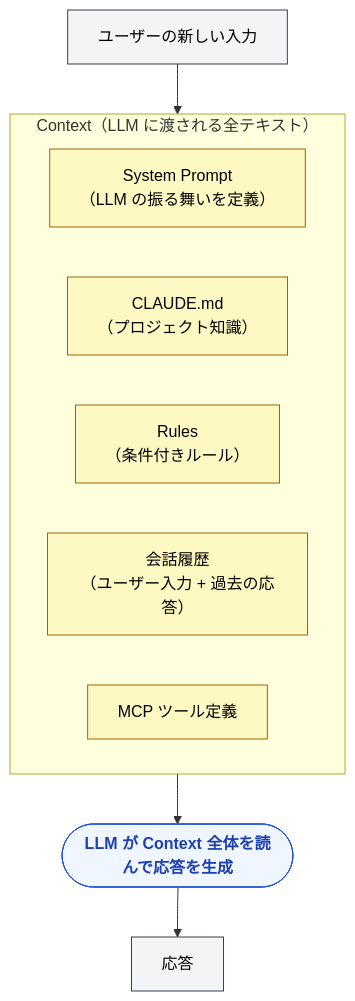
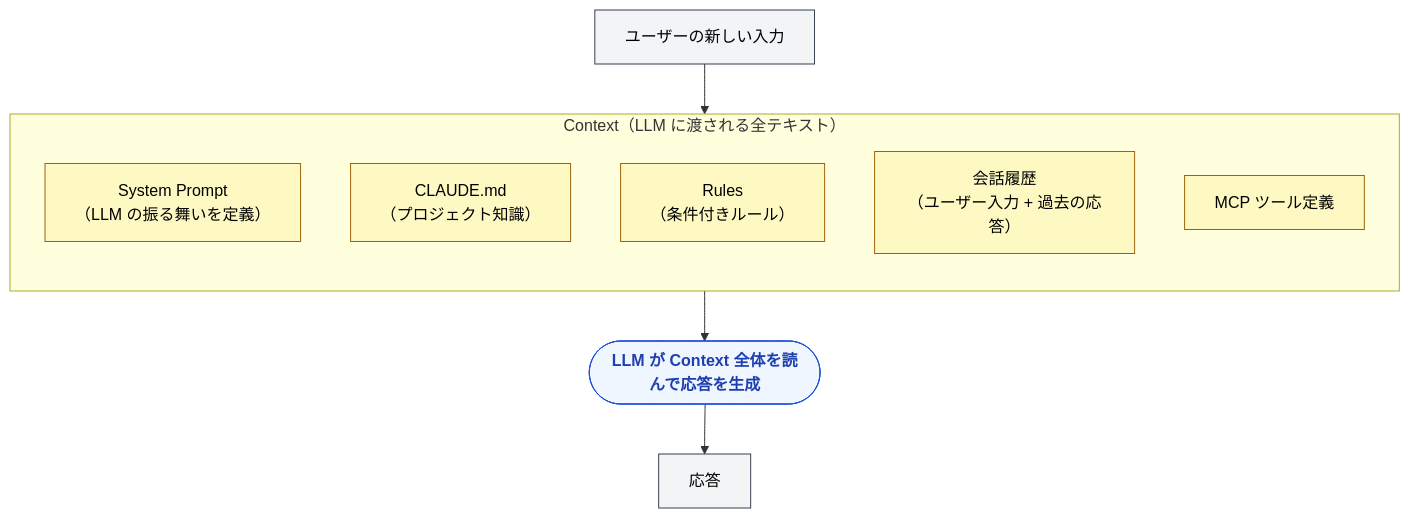
One commit to shuji-bonji/understanding-llm-through-claude-code changed the second of 4 diagrams in docs/02-context-window/token-context-basics.md. Above: the diagram before and after it, drawn with Mermaid. The commit also changed other lines of this file and 2 other files, not shown here.

````diff
--- a/docs/02-context-window/token-context-basics.md
+++ b/docs/02-context-window/token-context-basics.md
@@ -77,25 +77,26 @@
 ```mermaid
 graph TD
     subgraph CONTEXT["Context（LLM に渡される全テキスト）"]
+        direction TB
         SP["System Prompt<br/>（LLM の振る舞いを定義）"]
         CLAUDE["CLAUDE.md<br/>（プロジェクト知識）"]
         RULES["Rules<br/>（条件付きルール）"]
         HISTORY["会話履歴<br/>（ユーザー入力 + 過去の応答）"]
         TOOLS["MCP ツール定義"]
     end
 
     USER["ユーザーの新しい入力"]
     LLM_PROC(["LLM が Context 全体を読んで応答を生成"])
     RESPONSE["応答"]
 
     USER --> CONTEXT
     CONTEXT --> LLM_PROC
     LLM_PROC --> RESPONSE
 
     classDef ctx fill:#fef9c3,stroke:#a16207,color:#000
     classDef process fill:#eff6ff,stroke:#1d4ed8,color:#1e40af,font-weight:bold
     classDef io fill:#f3f4f6,stroke:#374151,color:#000
     class SP,CLAUDE,RULES,HISTORY,TOOLS ctx
     class LLM_PROC process
     class USER,RESPONSE io
 ```
````
